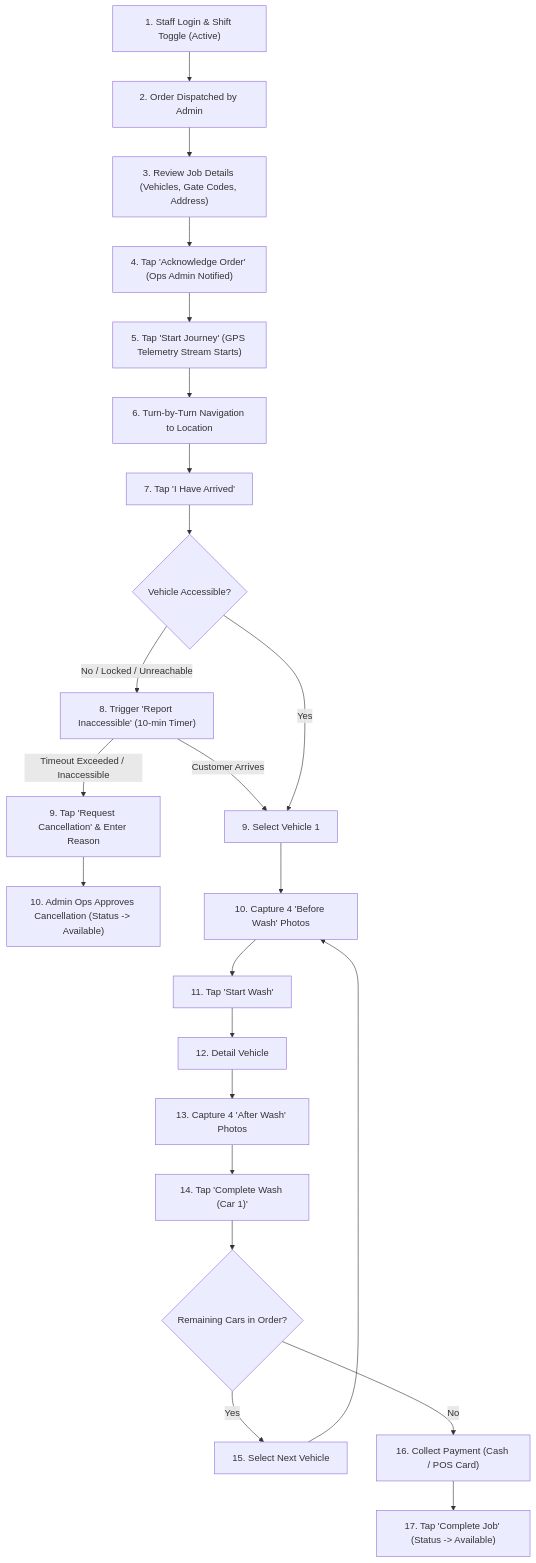
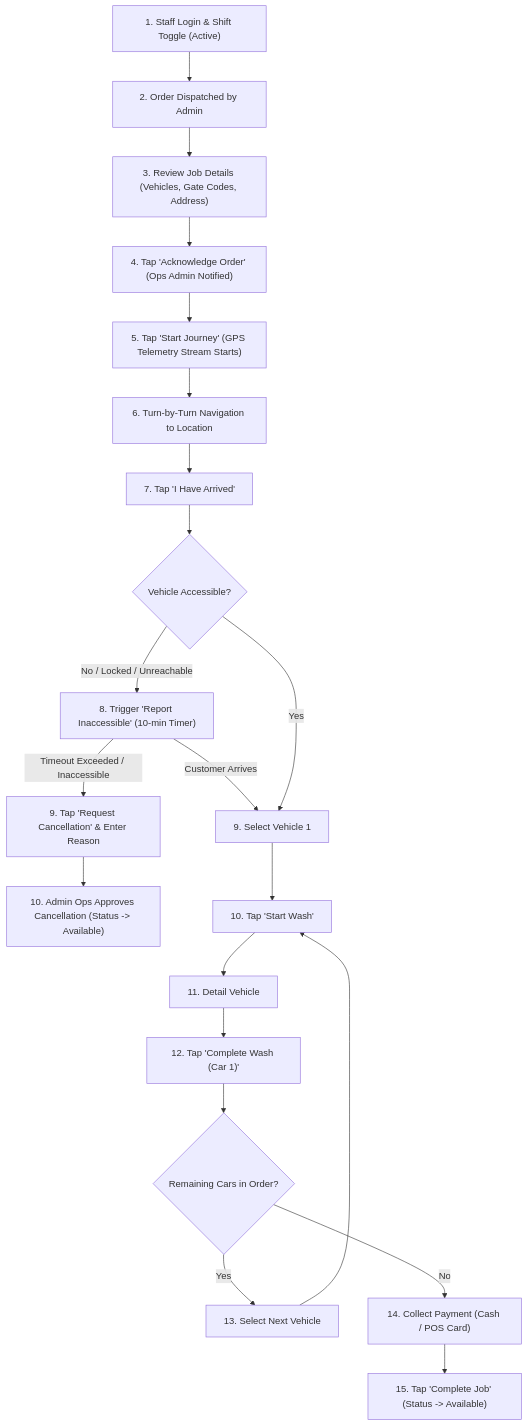
The diagram in docs/flows/specialist-flow.md (fsdevriver/800-doc), drawn with Mermaid before and after one commit. The commit also changed other lines of this file and 4 other files, not shown here.

Commit message:
feat: streamline operational flows by removing mandatory before/after photo gates for initial release

````diff
--- a/docs/flows/specialist-flow.md
+++ b/docs/flows/specialist-flow.md
@@ -9,30 +9,28 @@
 ```mermaid
 graph TD
     A["1. Staff Login & Shift Toggle (Active)"] --> B["2. Order Dispatched by Admin"]
     B --> C["3. Review Job Details (Vehicles, Gate Codes, Address)"]
     C --> D["4. Tap 'Acknowledge Order' (Ops Admin Notified)"]
     D --> E["5. Tap 'Start Journey' (GPS Telemetry Stream Starts)"]
     
     E --> F["6. Turn-by-Turn Navigation to Location"]
     F --> G["7. Tap 'I Have Arrived'"]
     
     G --> H{"Vehicle Accessible?"}
     H -->|No / Locked / Unreachable| I["8. Trigger 'Report Inaccessible' (10-min Timer)"]
     I -->|Customer Arrives| J["9. Select Vehicle 1"]
     I -->|Timeout Exceeded / Inaccessible| K["9. Tap 'Request Cancellation' & Enter Reason"]
     K --> K2["10. Admin Ops Approves Cancellation (Status -> Available)"]
     
     H -->|Yes| J
-    J --> L["10. Capture 4 'Before Wash' Photos"]
-    L --> M["11. Tap 'Start Wash'"]
-    M --> N["12. Detail Vehicle"]
-    N --> O["13. Capture 4 'After Wash' Photos"]
-    O --> P["14. Tap 'Complete Wash (Car 1)'"]
+    J --> K3["10. Tap 'Start Wash'"]
+    K3 --> L["11. Detail Vehicle"]
+    L --> M["12. Tap 'Complete Wash (Car 1)'"]
     
-    P --> Q{"Remaining Cars in Order?"}
-    Q -->|Yes| R["15. Select Next Vehicle"]
-    R --> L
+    M --> N{"Remaining Cars in Order?"}
+    N -->|Yes| O["13. Select Next Vehicle"]
+    O --> K3
     
-    Q -->|No| S["16. Collect Payment (Cash / POS Card)"]
-    S --> T["17. Tap 'Complete Job' (Status -> Available)"]
+    N -->|No| P["14. Collect Payment (Cash / POS Card)"]
+    P --> Q["15. Tap 'Complete Job' (Status -> Available)"]
 ```
````
